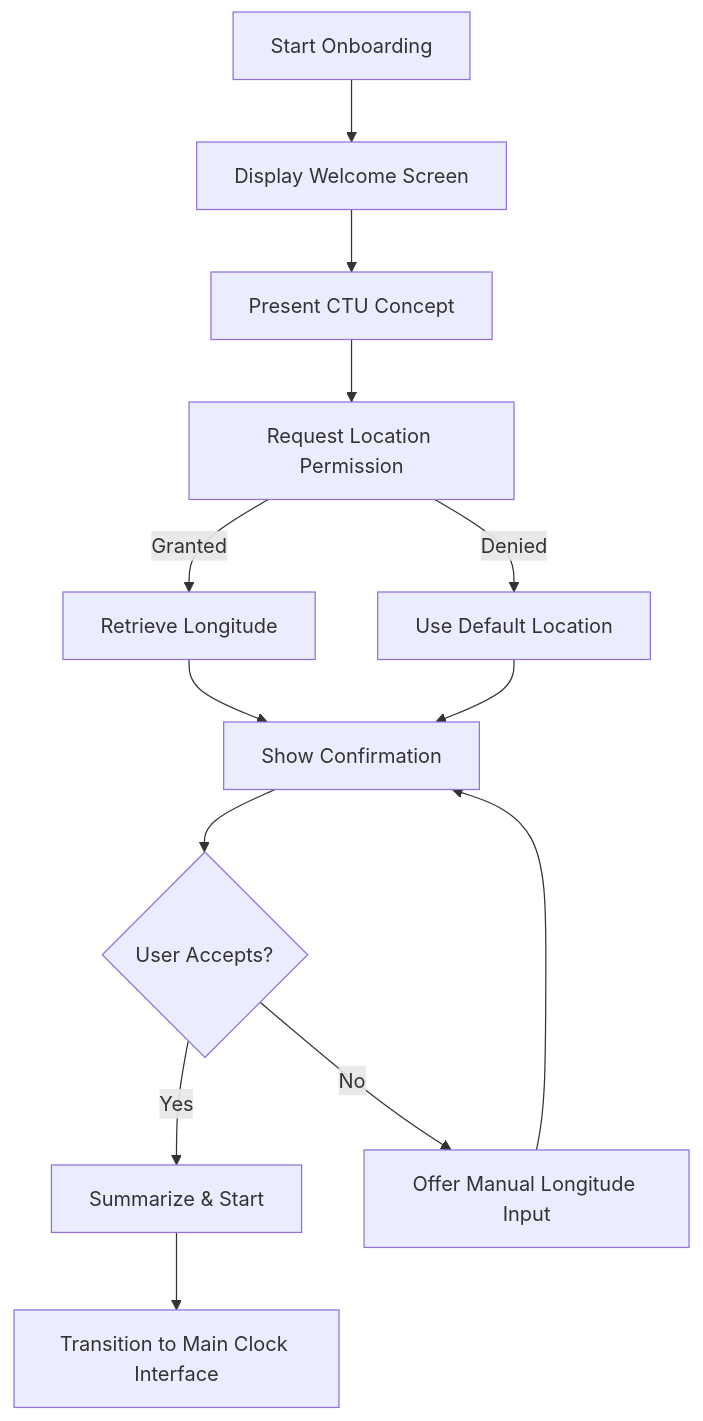
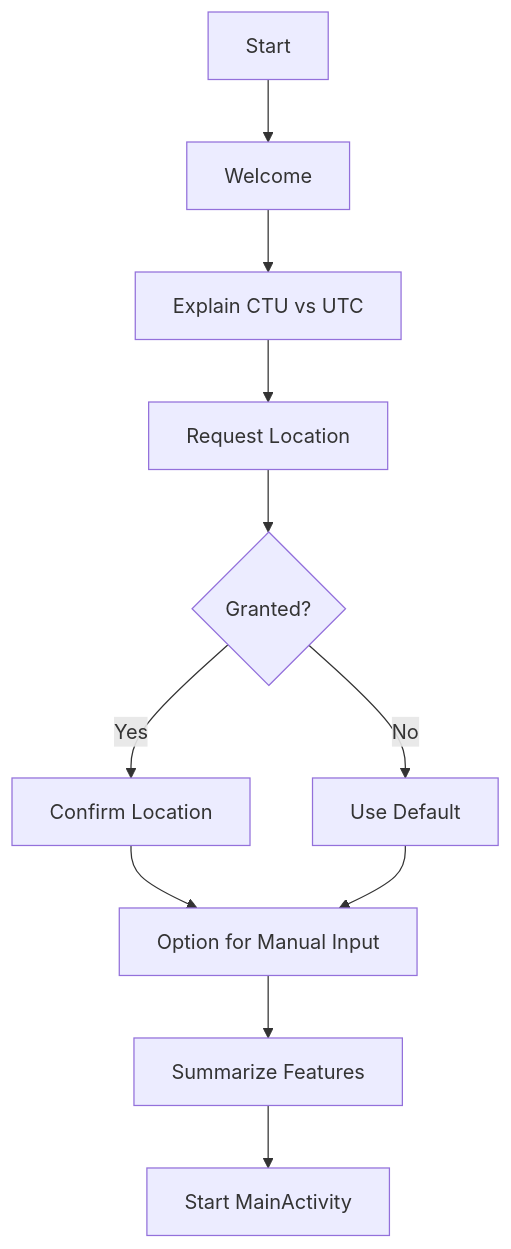
The sixth of 6 diagrams in docs/spec.md (amogorkon/C-Tune-Clock), drawn with Mermaid before and after one commit. The commit also changed other lines of this file, not shown here.

Commit message:
Refactor spec.md for clarity and conciseness; streamline purpose, features, and technical details while enhancing overall structure and readability.

````diff
--- a/docs/spec.md
+++ b/docs/spec.md
@@ -196,16 +117,12 @@
 ```mermaid
 flowchart TD
-    A[Start Onboarding] --> B[Display Welcome Screen]
-    B --> C[Present CTU Concept]
-    C --> D[Request Location Permission]
-    D -- Granted --> E[Retrieve Longitude]
-    D -- Denied --> F[Use Default Location]
-    E --> G[Show Confirmation]
-    F --> G
-    G --> H{User Accepts?}
-    H -- Yes --> I[Summarize & Start]
-    H -- No --> J[Offer Manual Longitude Input]
-    J --> G
-    I --> K[Transition to Main Clock Interface]
-
+  A[Start] --> B[Welcome]
+  B --> C[Explain CTU vs UTC]
+  C --> D[Request Location]
+  D --> E{Granted?}
+  E -- Yes --> F[Confirm Location]
+  E -- No --> G[Use Default]
+  F & G --> H[Option for Manual Input]
+  H --> I[Summarize Features]
+  I --> J[Start MainActivity]
 ```
````
